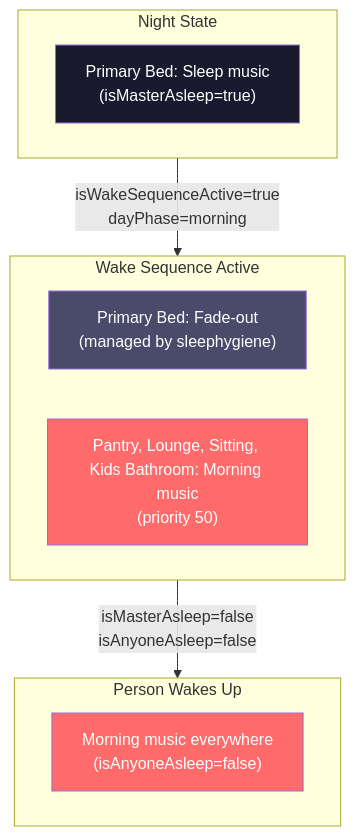
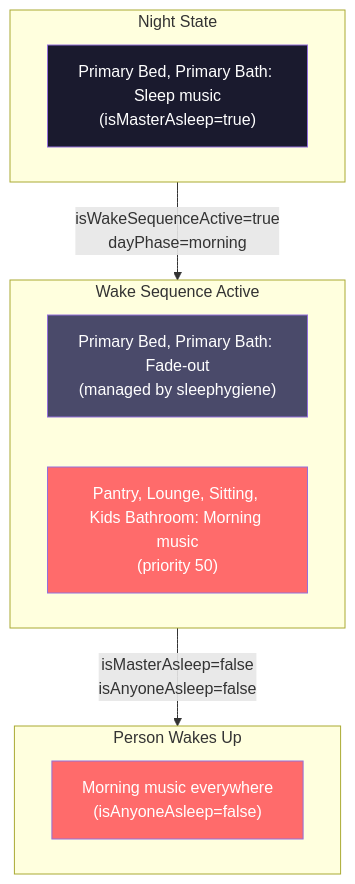
Before and after one commit to NickBorgers/home-automation: the seventh of 7 diagrams in docs/flows/DAY_PHASE_MODES.md, drawn with Mermaid. The commit also changed other lines of this file and 6 other files, not shown here.

First line of the commit message:
Fade Primary Bath at wake and add it to the morning zone (#1416)

````diff
--- a/docs/flows/DAY_PHASE_MODES.md
+++ b/docs/flows/DAY_PHASE_MODES.md
@@ -311,23 +311,23 @@
 ```mermaid
 flowchart TB
     subgraph Initial["Night State"]
-        sleepBed["Primary Bed: Sleep music<br/>(isMasterAsleep=true)"]
+        sleepBed["Primary Bed, Primary Bath: Sleep music<br/>(isMasterAsleep=true)"]
     end
 
     subgraph WakeSequence["Wake Sequence Active"]
-        fadeBed["Primary Bed: Fade-out<br/>(managed by sleephygiene)"]
+        fadeBed["Primary Bed, Primary Bath: Fade-out<br/>(managed by sleephygiene)"]
         morningRest["Pantry, Lounge, Sitting, Kids Bathroom: Morning music<br/>(priority 50)"]
     end
 
     subgraph FullyAwake["Person Wakes Up"]
         morningAll["Morning music everywhere<br/>(isAnyoneAsleep=false)"]
     end
 
     Initial -->|"isWakeSequenceActive=true<br/>dayPhase=morning"| WakeSequence
     WakeSequence -->|"isMasterAsleep=false<br/>isAnyoneAsleep=false"| FullyAwake
 
     style sleepBed fill:#1a1a2e,color:#fff
     style fadeBed fill:#4a4a6a,color:#fff
     style morningRest fill:#ff6b6b,color:#fff
     style morningAll fill:#ff6b6b,color:#fff
 ```
````
